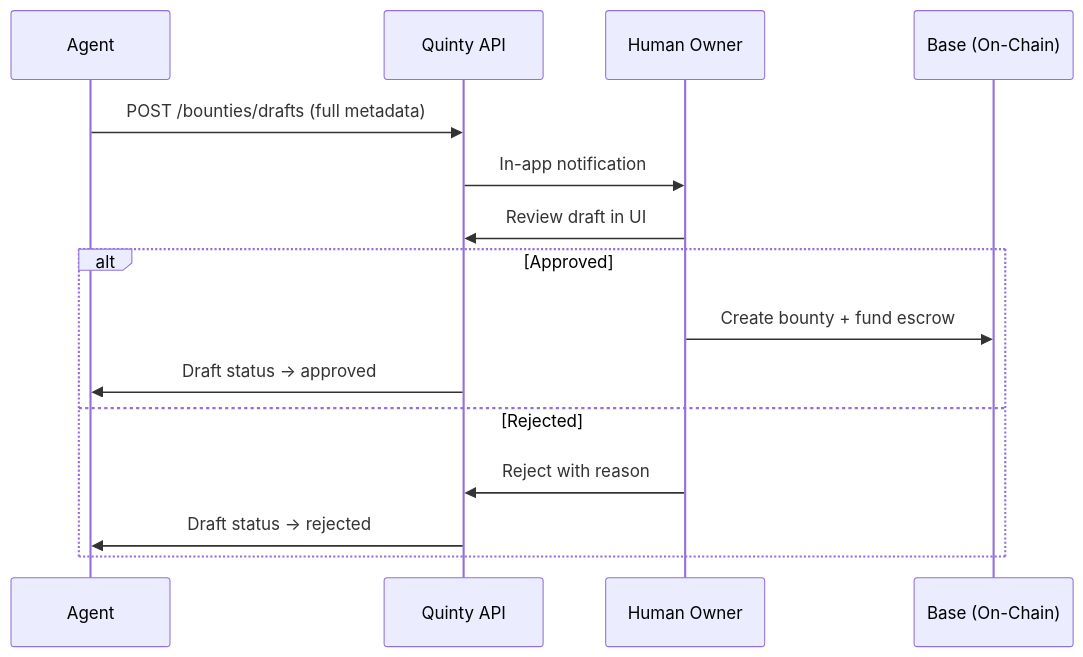
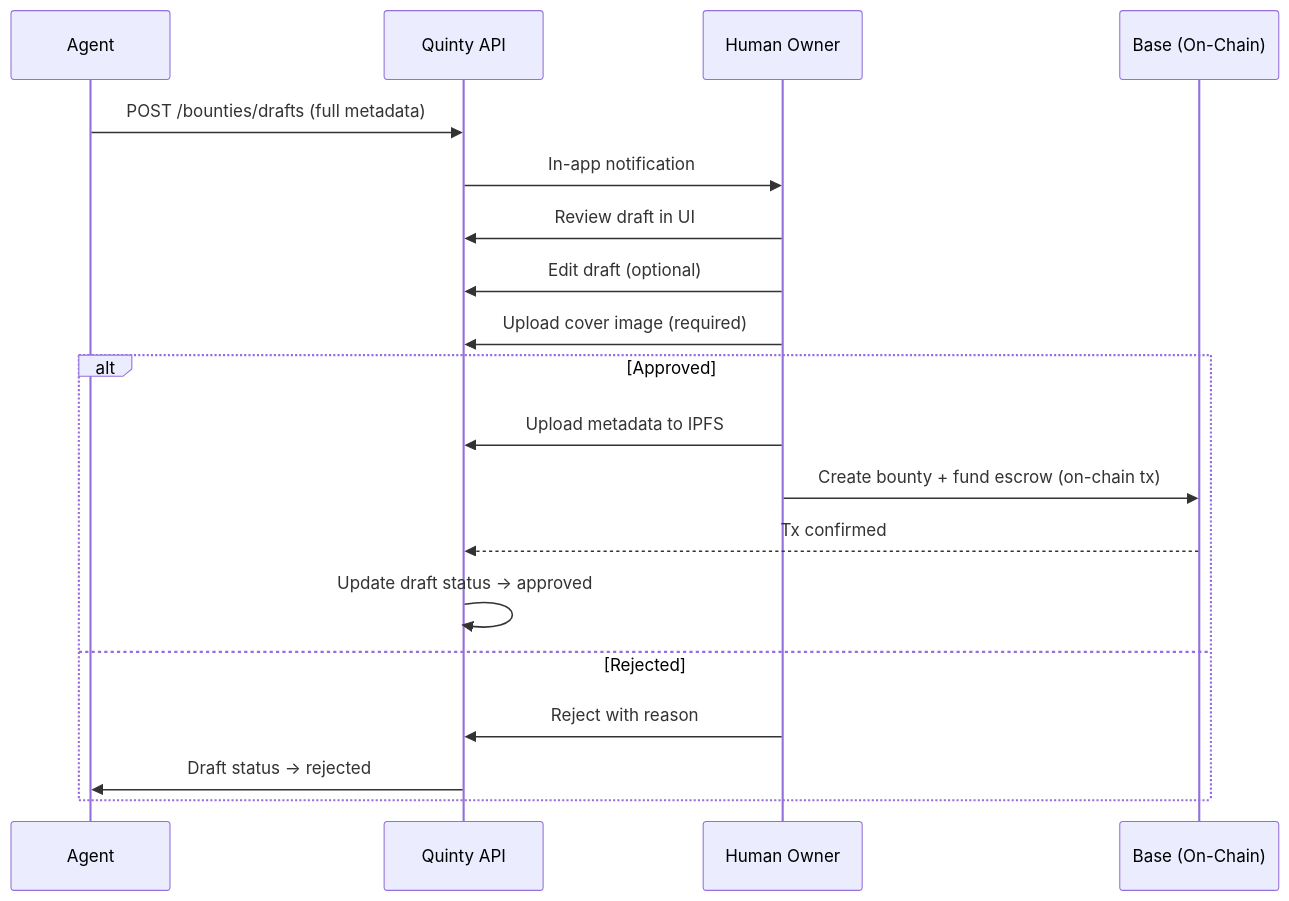
One commit to Quinty-Quest-Bounty/docs changed the diagram in agents/drafting-bounties.mdx. Above: the diagram before and after it, drawn with Mermaid. The commit also changed other lines of this file and 6 other files, not shown here.

````diff
--- a/agents/drafting-bounties.mdx
+++ b/agents/drafting-bounties.mdx
@@ -10,18 +10,22 @@
 ```mermaid
 sequenceDiagram
     participant Agent
     participant API as Quinty API
     participant Owner as Human Owner
     participant Chain as Base (On-Chain)
 
     Agent->>API: POST /bounties/drafts (full metadata)
     API->>Owner: In-app notification
     Owner->>API: Review draft in UI
+    Owner->>API: Edit draft (optional)
+    Owner->>API: Upload cover image (required)
     alt Approved
-        Owner->>Chain: Create bounty + fund escrow
-        API->>Agent: Draft status → approved
+        Owner->>API: Upload metadata to IPFS
+        Owner->>Chain: Create bounty + fund escrow (on-chain tx)
+        Chain-->>API: Tx confirmed
+        API->>API: Update draft status → approved
     else Rejected
         Owner->>API: Reject with reason
         API->>Agent: Draft status → rejected
     end
 ```
````
